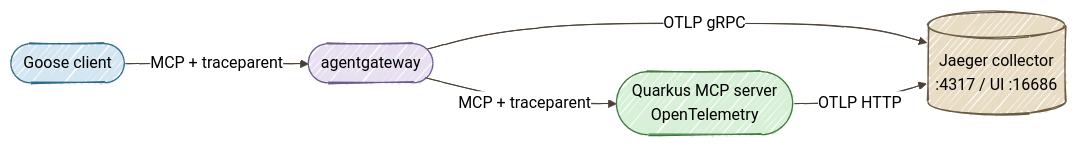
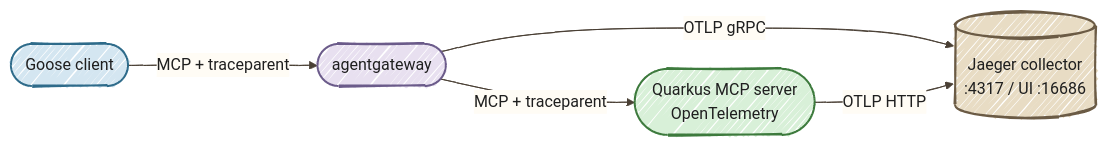
Before and after one commit to danieloh30/governed-agent-platform: the diagram in docs/tutorials/03-observability.md, drawn with Mermaid. The commit also changed 14 other files, not shown here.

Commit message:
Improve Mermaid readability in light and dark modes

````diff
--- a/docs/tutorials/03-observability.md
+++ b/docs/tutorials/03-observability.md
@@ -42,13 +42,13 @@
 ```mermaid
-%%{init: {'look':'handDrawn','theme':'neutral','themeVariables': {'lineColor':'#4A4035'}}}%%
+%%{init: {"look":"handDrawn","theme":"base","themeVariables":{"darkMode":false,"background":"#FFFCF5","primaryColor":"#D4E6F1","primaryBorderColor":"#2E6B8A","primaryTextColor":"#1F1F1F","secondaryColor":"#D8F0D8","secondaryTextColor":"#1F1F1F","tertiaryColor":"#E8DCC4","tertiaryTextColor":"#1F1F1F","textColor":"#1F1F1F","lineColor":"#4A4035","edgeLabelBackground":"#FFFCF5","clusterBkg":"#F5F5F0","clusterBorder":"#6B5B45","fontSize":"16px","actorBkg":"#D4E6F1","actorBorder":"#2E6B8A","actorTextColor":"#1F1F1F","actorLineColor":"#6B5B45","signalColor":"#4A4035","signalTextColor":"#1F1F1F"},"flowchart":{"nodeSpacing":35,"rankSpacing":55,"padding":18}}}%%
 flowchart LR
     G([Goose client]) -->|MCP + traceparent| AG([agentgateway])
     AG -->|MCP + traceparent| MCP([Quarkus MCP server<br/>OpenTelemetry])
     AG -->|OTLP gRPC| J[(Jaeger collector<br/>:4317 / UI :16686)]
     MCP -->|OTLP HTTP| J
 
-    style G fill:#D4E6F1,stroke:#2E6B8A
-    style AG fill:#E8E0F0,stroke:#6B5B8A
-    style MCP fill:#D8F0D8,stroke:#3D7A3D
-    style J fill:#E8DCC4,stroke:#6B5B45
+    style G fill:#D4E6F1,stroke:#2E6B8A,color:#1F1F1F,stroke-width:2px
+    style AG fill:#E8E0F0,stroke:#6B5B8A,color:#1F1F1F,stroke-width:2px
+    style MCP fill:#D8F0D8,stroke:#3D7A3D,color:#1F1F1F,stroke-width:2px
+    style J fill:#E8DCC4,stroke:#6B5B45,color:#1F1F1F,stroke-width:2px
 ```
````
